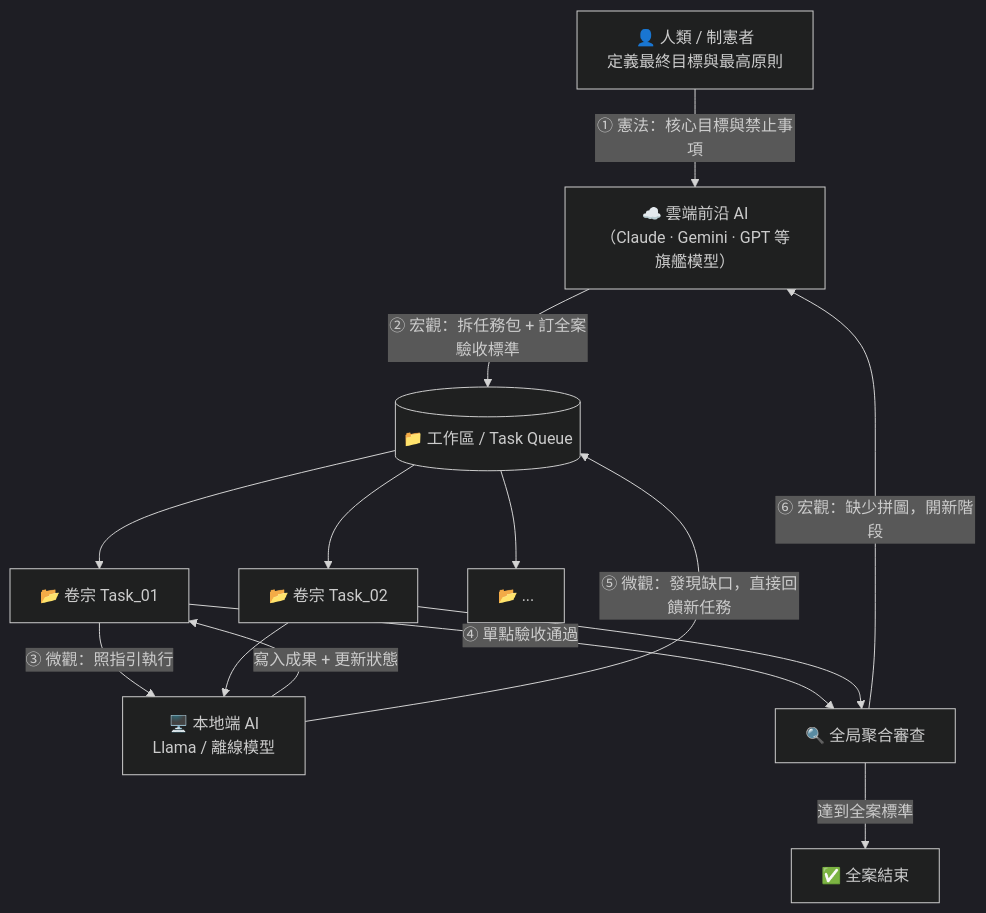
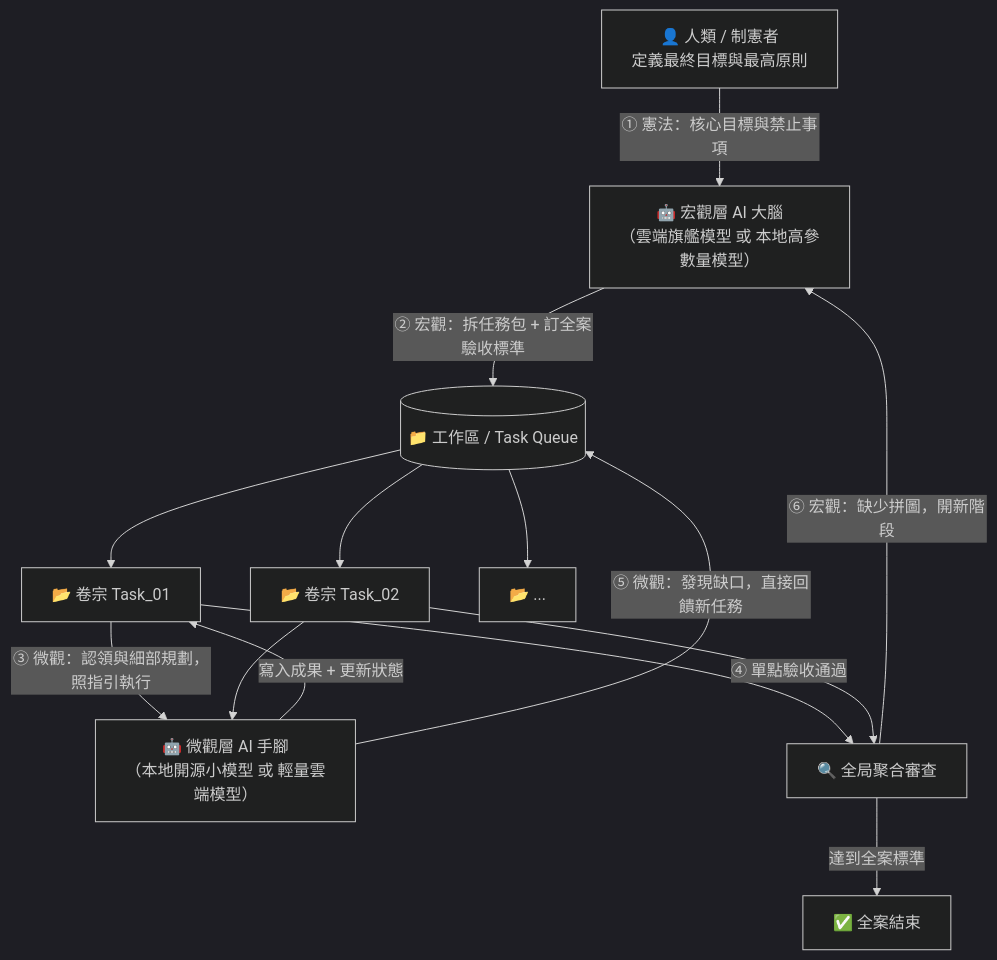
One commit to Chiakai-Chang/Local-Agent-Workspace changed the diagram in C.A.S.E._Framework/README.md. Above: the diagram before and after it, drawn with Mermaid (dark theme). The commit also changed other lines of this file and 3 other files, not shown here.

````diff
--- a/C.A.S.E._Framework/README.md
+++ b/C.A.S.E._Framework/README.md
@@ -13,26 +13,26 @@
 ```mermaid
 graph TD
     H["👤 人類 / 制憲者<br/>定義最終目標與最高原則"]
-    C["☁️ 雲端前沿 AI<br/>（Claude · Gemini · GPT 等旗艦模型）"]
+    C["🤖 宏觀層 AI 大腦<br/>（雲端旗艦模型 或 本地高參數量模型）"]
     TQ[("📁 工作區 / Task Queue")]
     T1["📂 卷宗 Task_01"]
     T2["📂 卷宗 Task_02"]
     TN["📂 ..."]
-    LA["🖥️ 本地端 AI<br/>Llama / 離線模型"]
+    LA["🤖 微觀層 AI 手腳<br/>（本地開源小模型 或 輕量雲端模型）"]
     AGG["🔍 全局聚合審查"]
     DONE["✅ 全案結束"]
 
     H -->|"① 憲法：核心目標與禁止事項"| C
     C -->|"② 宏觀：拆任務包 + 訂全案驗收標準"| TQ
     TQ --> T1
     TQ --> T2
     TQ --> TN
-    T1 -->|"③ 微觀：照指引執行"| LA
+    T1 -->|"③ 微觀：認領與細部規劃，照指引執行"| LA
     LA -->|"寫入成果 + 更新狀態"| T1
     T2 --> LA
     T1 -->|"④ 單點驗收通過"| AGG
     T2 --> AGG
     AGG -->|"達到全案標準"| DONE
     AGG -->|"⑥ 宏觀：缺少拼圖，開新階段"| C
     LA -->|"⑤ 微觀：發現缺口，直接回饋新任務"| TQ
 ```
````
